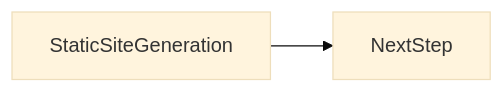
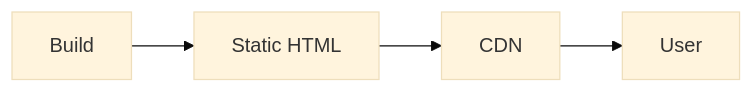
Before and after one commit to OmidJavaherii/Frontend-Engineering-Handbook: the second of 2 diagrams in docs/en/12-rendering/ssg/index.md, drawn with Mermaid (base theme). The commit also changed other lines of this file and 461 other files, not shown here.

````diff
--- a/docs/en/12-rendering/ssg/index.md
+++ b/docs/en/12-rendering/ssg/index.md
@@ -94,4 +113,5 @@
 ```mermaid
 flowchart LR
-  concept[StaticSiteGeneration] --> nextStep[NextStep]
+  Build --> HTML[Static HTML]
+  HTML --> CDN --> User
 ```
````
